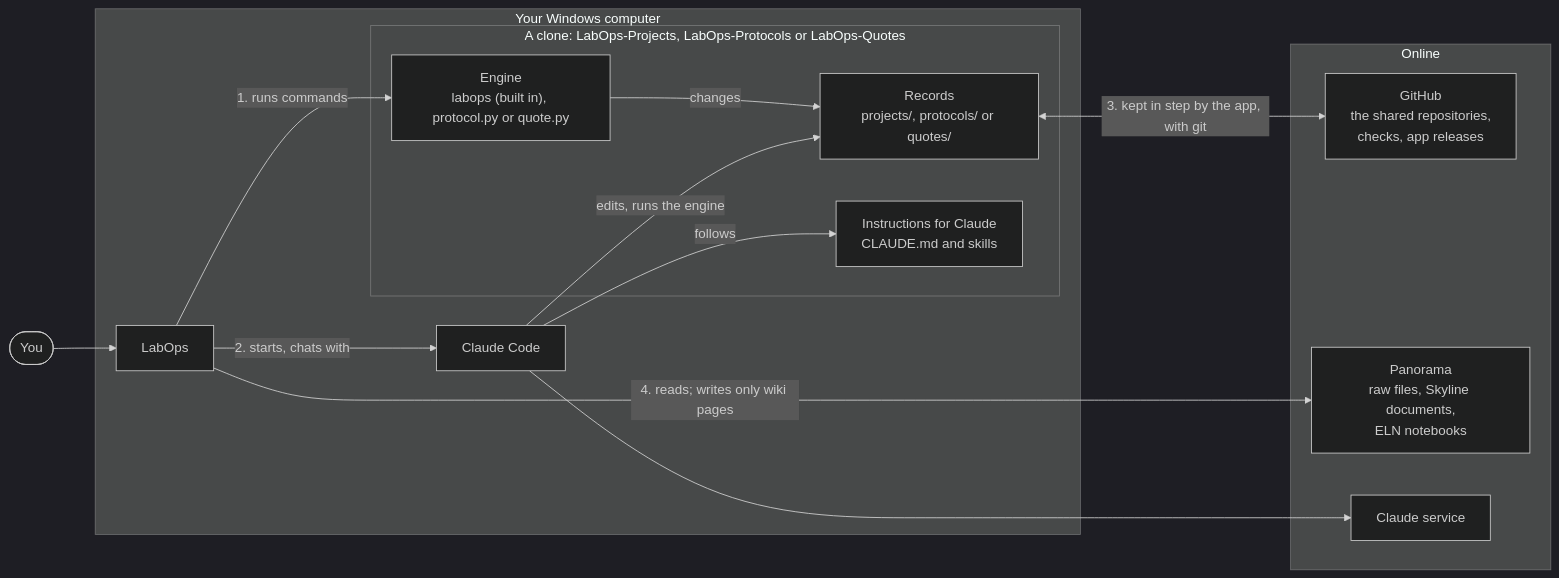
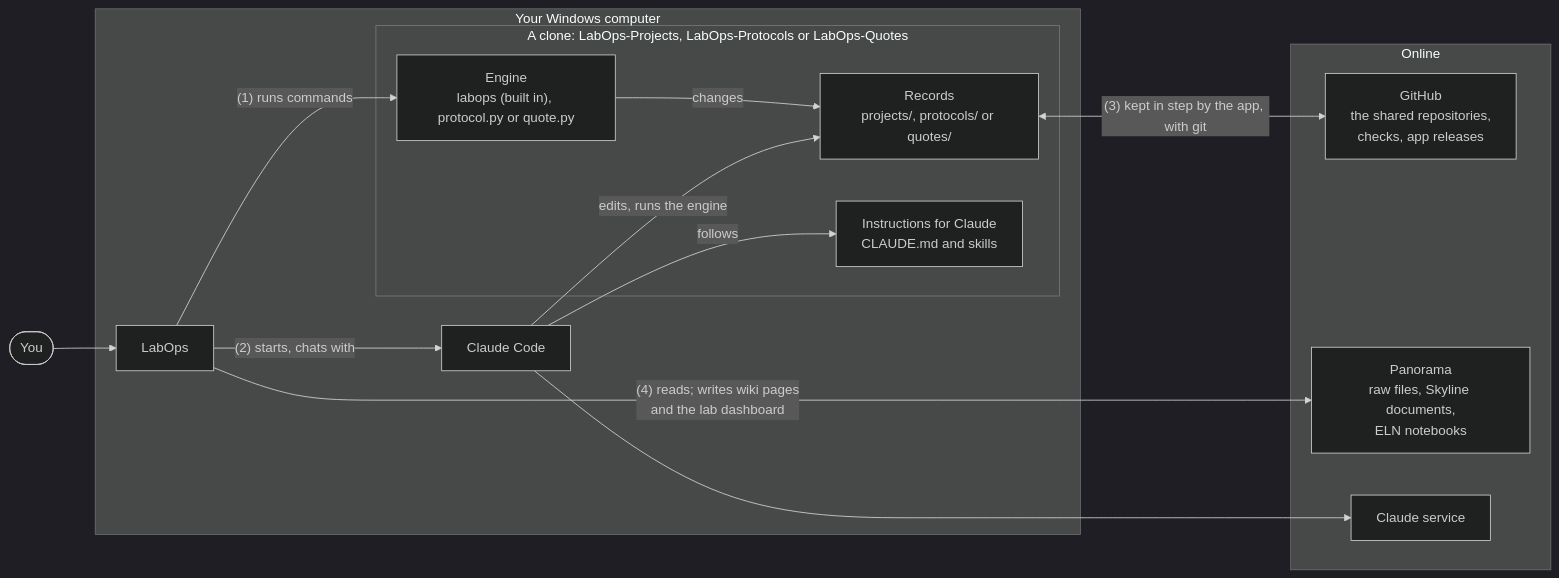
The first of 6 diagrams in docs/architecture.md (uw-maccosslab/LabOps), drawn with Mermaid (dark theme) before and after one commit. The commit also changed other lines of this file and 4 other files, not shown here.

First line of the commit message:
Docs: what LabOps does, the three engines, and updated diagrams

````diff
--- a/docs/architecture.md
+++ b/docs/architecture.md
@@ -28,29 +30,29 @@
 ```mermaid
 flowchart LR
     you(["You"]) --> app
 
     subgraph computer["Your Windows computer"]
         app["LabOps"]
         claude["Claude Code"]
         subgraph clone["A clone: LabOps-Projects, LabOps-Protocols or LabOps-Quotes"]
             records["Records<br/>projects/, protocols/ or quotes/"]
             engine["Engine<br/>labops (built in), protocol.py or quote.py"]
             guide["Instructions for Claude<br/>CLAUDE.md and skills"]
         end
     end
 
     subgraph online["Online"]
         github["GitHub<br/>the shared repositories,<br/>checks, app releases"]
         panorama["Panorama<br/>raw files, Skyline documents,<br/>ELN notebooks"]
         claudeService["Claude service"]
     end
 
-    app -->|"1. runs commands"| engine
+    app -->|"(1) runs commands"| engine
     engine -->|"changes"| records
-    app -->|"2. starts, chats with"| claude
+    app -->|"(2) starts, chats with"| claude
     claude -->|"follows"| guide
     claude -->|"edits, runs the engine"| records
-    records <-->|"3. kept in step by the app, with git"| github
-    app -->|"4. reads; writes only wiki pages"| panorama
+    records <-->|"(3) kept in step by the app, with git"| github
+    app -->|"(4) reads; writes wiki pages<br/>and the lab dashboard"| panorama
     claude --> claudeService
 ```
````
